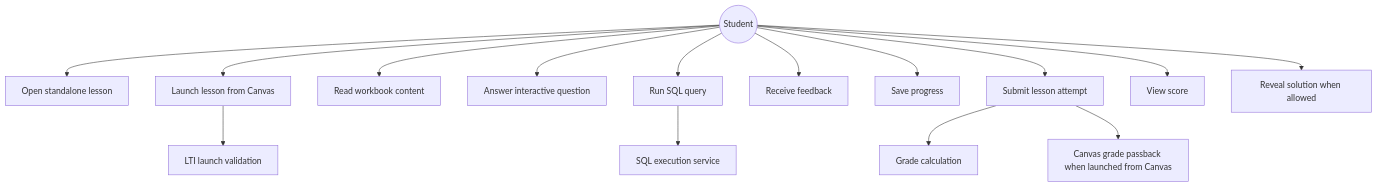
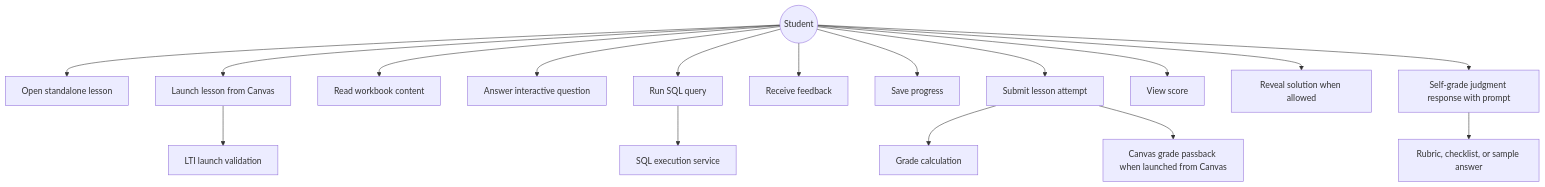
One commit to learn-database/workbook-platform changed the second of 8 diagrams in docs/design/use-cases.md. Above: the diagram before and after it, drawn with Mermaid. The commit also changed other lines of this file and 5 other files, not shown here.

````diff
--- a/docs/design/use-cases.md
+++ b/docs/design/use-cases.md
@@ -24,20 +24,22 @@
 ```mermaid
 flowchart TB
     Student((Student))
 
     Student --> UC1[Open standalone lesson]
     Student --> UC2[Launch lesson from Canvas]
     Student --> UC3[Read workbook content]
     Student --> UC4[Answer interactive question]
     Student --> UC5[Run SQL query]
     Student --> UC6[Receive feedback]
     Student --> UC7[Save progress]
     Student --> UC8[Submit lesson attempt]
     Student --> UC9[View score]
     Student --> UC10[Reveal solution when allowed]
+    Student --> UC11[Self-grade judgment response with prompt]
 
     UC2 --> LTI[LTI launch validation]
     UC5 --> SQL[SQL execution service]
+    UC11 --> Prompt[Rubric, checklist, or sample answer]
     UC8 --> Grade[Grade calculation]
     UC8 --> Passback[Canvas grade passback when launched from Canvas]
 ```
````
